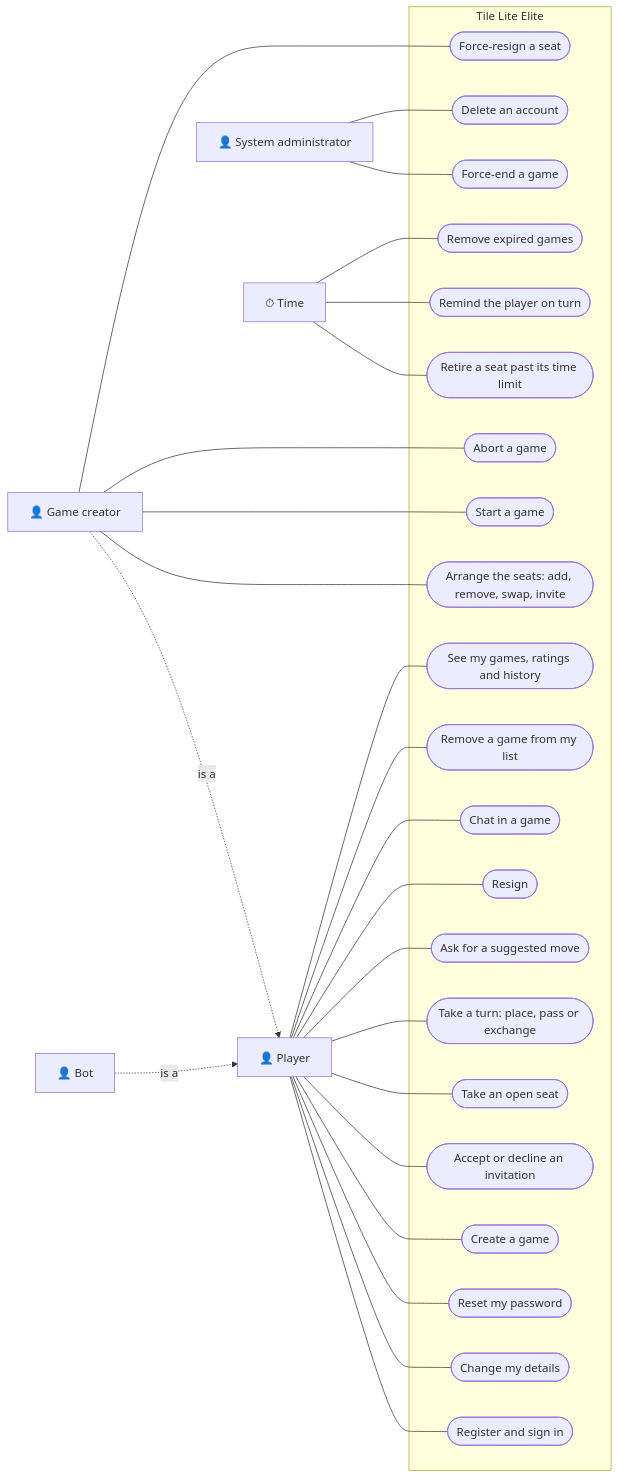
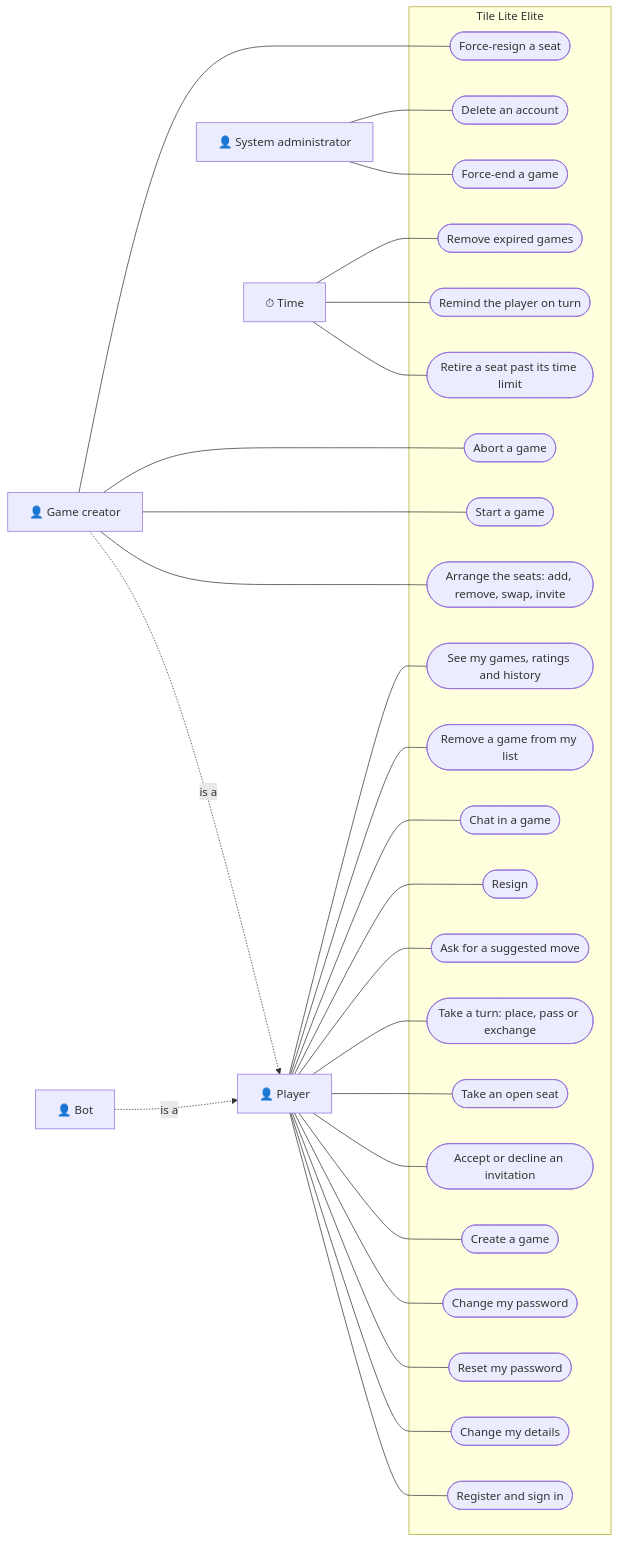
Before and after one commit to delphside/programme: the first of 21 diagrams in docs/changes/workstreams/application-game-architecture/71-one-game-model/71-functional.md, drawn with Mermaid. The commit also changed other lines of this file, not shown here.

First line of the commit message:
app 0.9.2 api 2.16: ACC-4 to ACC-6: sign-in and reset reveal nothing, a password change ends every session

````diff
--- a/docs/changes/workstreams/application-game-architecture/71-one-game-model/71-functional.md
+++ b/docs/changes/workstreams/application-game-architecture/71-one-game-model/71-functional.md
@@ -23,57 +23,59 @@
 ```mermaid
 flowchart LR
   player["👤 Player"]
   creator["👤 Game creator"]
   bot["👤 Bot"]
   admin["👤 System administrator"]
   time["⏱ Time"]
 
   creator -. "is a" .-> player
   bot -. "is a" .-> player
 
   subgraph service["Tile Lite Elite"]
     register(["Register and sign in"])
     details(["Change my details"])
     reset(["Reset my password"])
+    password(["Change my password"])
     create(["Create a game"])
     roster(["Arrange the seats: add, remove, swap, invite"])
     start(["Start a game"])
     abort(["Abort a game"])
     forceresign(["Force-resign a seat"])
     answer(["Accept or decline an invitation"])
     open(["Take an open seat"])
     turn(["Take a turn: place, pass or exchange"])
     suggest(["Ask for a suggested move"])
     resign(["Resign"])
     chat(["Chat in a game"])
     hide(["Remove a game from my list"])
     history(["See my games, ratings and history"])
     forceend(["Force-end a game"])
     delete(["Delete an account"])
     retire(["Retire a seat past its time limit"])
     remind(["Remind the player on turn"])
     expire(["Remove expired games"])
   end
 
   player --- register
   player --- details
   player --- reset
+  player --- password
   player --- create
   player --- answer
   player --- open
   player --- turn
   player --- suggest
   player --- resign
   player --- chat
   player --- hide
   player --- history
   creator --- roster
   creator --- start
   creator --- abort
   creator --- forceresign
   admin --- forceend
   admin --- delete
   time --- retire
   time --- remind
   time --- expire
 ```
````
